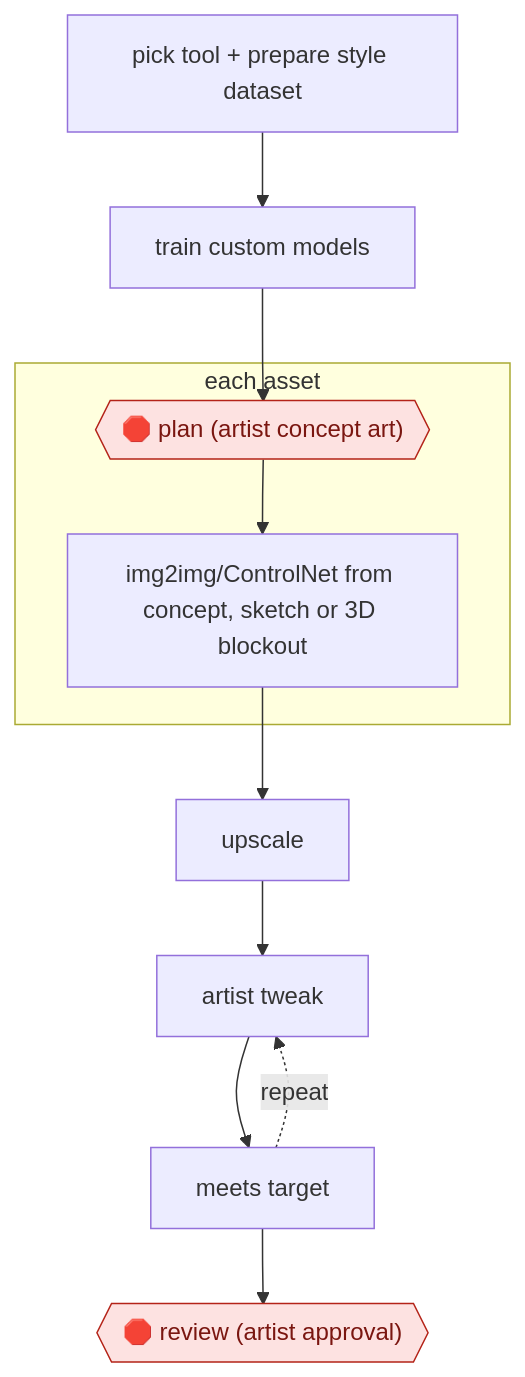
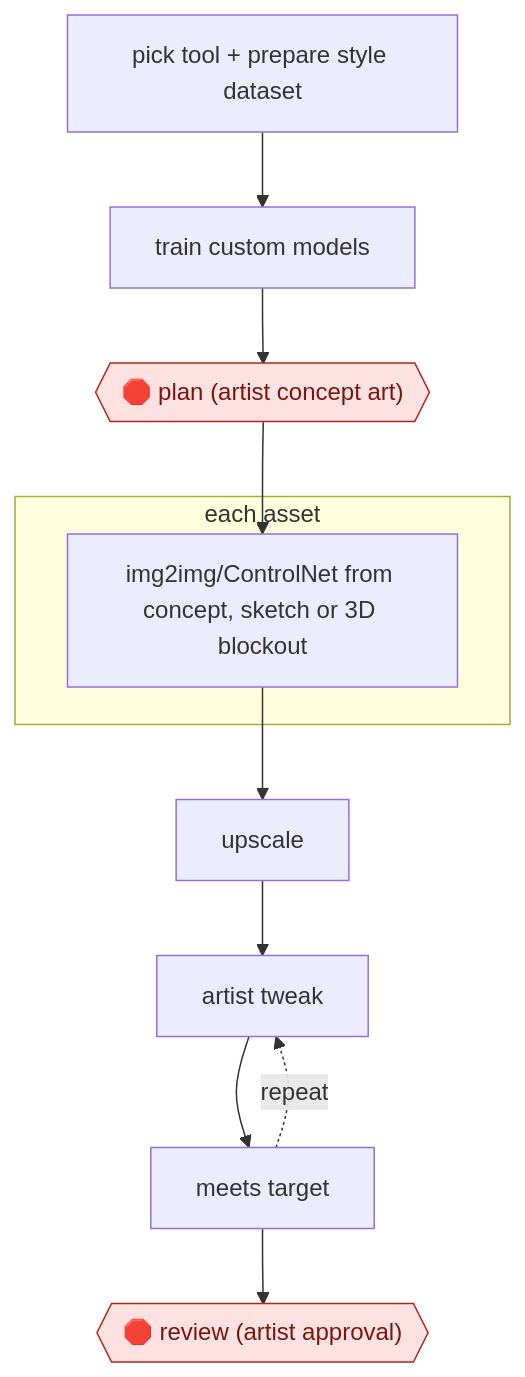
Before and after one commit to milesradford99/agent-workflow-atlas: the diagram in workflows/CRE/MED/GAMEART/concept-led-sd-asset-stream/README.md, drawn with Mermaid. The commit also changed other lines of this file and 171 other files, not shown here.

````diff
--- a/workflows/CRE/MED/GAMEART/concept-led-sd-asset-stream/README.md
+++ b/workflows/CRE/MED/GAMEART/concept-led-sd-asset-stream/README.md
@@ -31,22 +31,22 @@
 ```mermaid
 flowchart TD
   n1["pick tool + prepare style dataset"]
   n2["train custom models"]
-  n1 --> n2
   n3{{"🛑 plan (artist concept art)"}}:::stop
-  n2 --> n3
   subgraph s4["each asset"]
   n5["img2img/ControlNet from concept, sketch or 3D blockout"]
-  n3 --> n5
   end
   n6["upscale"]
+  n7["artist tweak"]
+  n8["meets target"]
+  n9{{"🛑 review (artist approval)"}}:::stop
+  n1 --> n2
+  n2 --> n3
+  n3 --> n5
   n5 --> n6
-  n7["artist tweak"]
   n6 --> n7
-  n8["meets target"]
   n7 --> n8
   n8 -.->|repeat| n7
-  n9{{"🛑 review (artist approval)"}}:::stop
   n8 --> n9
   classDef stop fill:#fde2e1,stroke:#b42318,color:#7a1610
 ```
````
